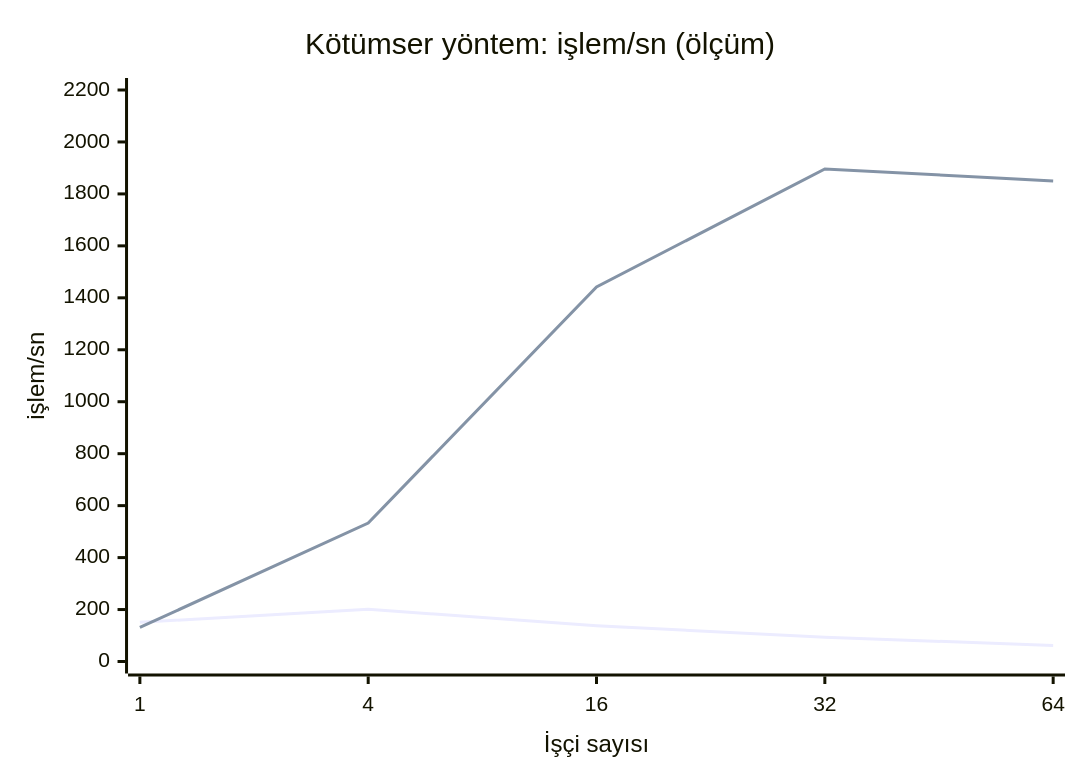
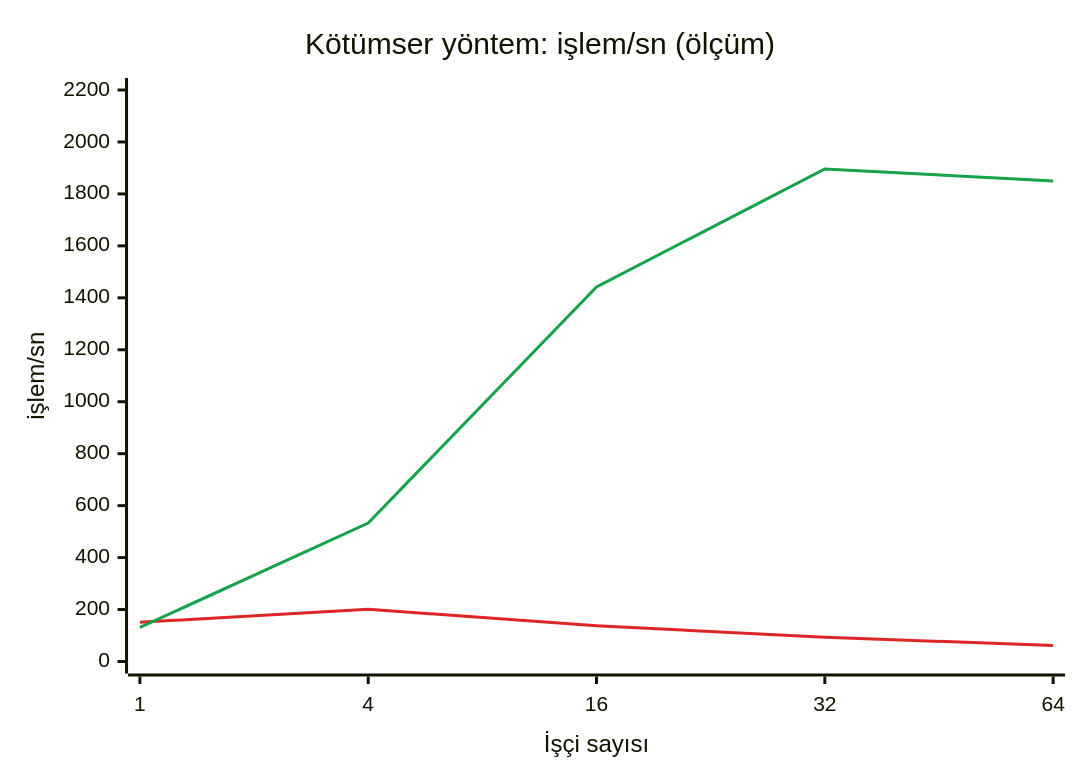
One commit to sefatuncer/dijital-kimlik-oid4vc changed the third of 3 diagrams in docs/proje-turu.md. Above: the diagram before and after it, drawn with Mermaid. The commit also changed other lines of this file, not shown here.

````diff
--- a/docs/proje-turu.md
+++ b/docs/proje-turu.md
@@ -212,8 +212,9 @@
 ```mermaid
+%%{init: {"themeVariables": {"xyChart": {"plotColorPalette": "#dc2626, #16a34a"}}}}%%
 xychart-beta
     title "Kötümser yöntem: işlem/sn (ölçüm)"
     x-axis "İşçi sayısı" [1, 4, 16, 32, 64]
     y-axis "işlem/sn" 0 --> 2200
     line [151, 201, 138, 93, 62]
     line [131, 533, 1442, 1896, 1850]
 ```
````
